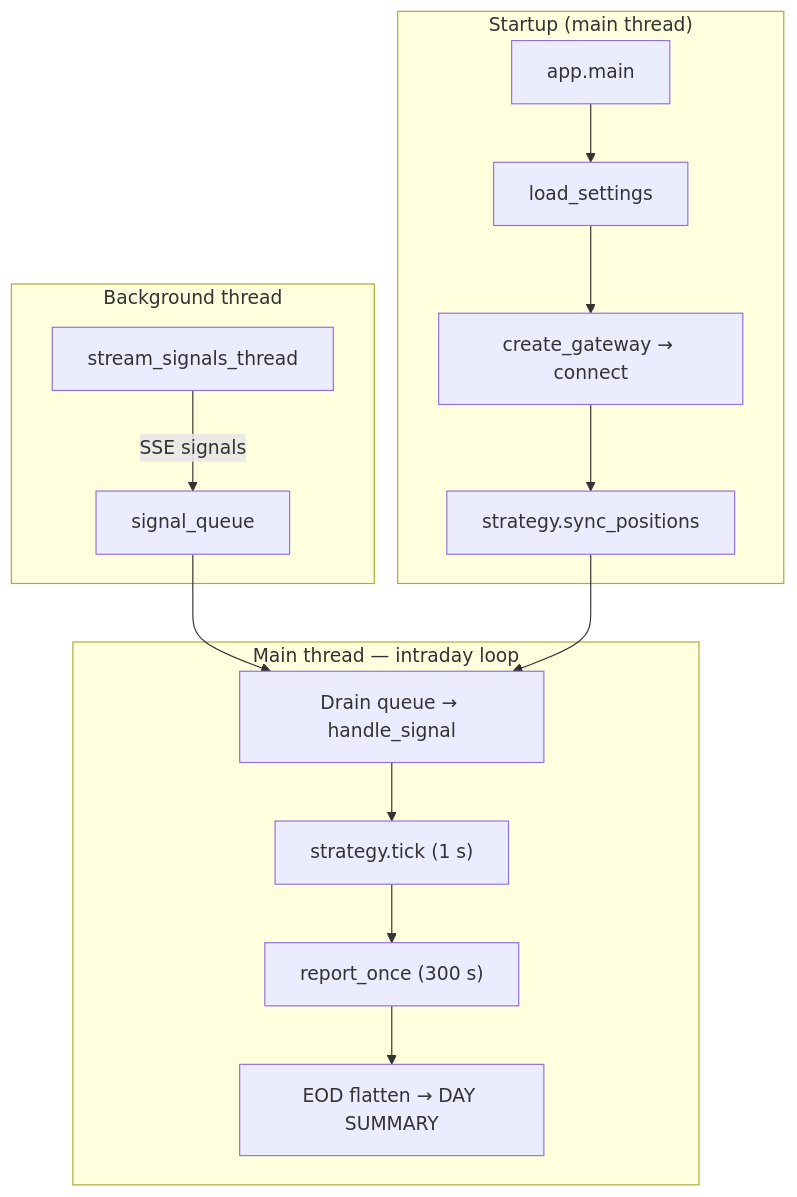
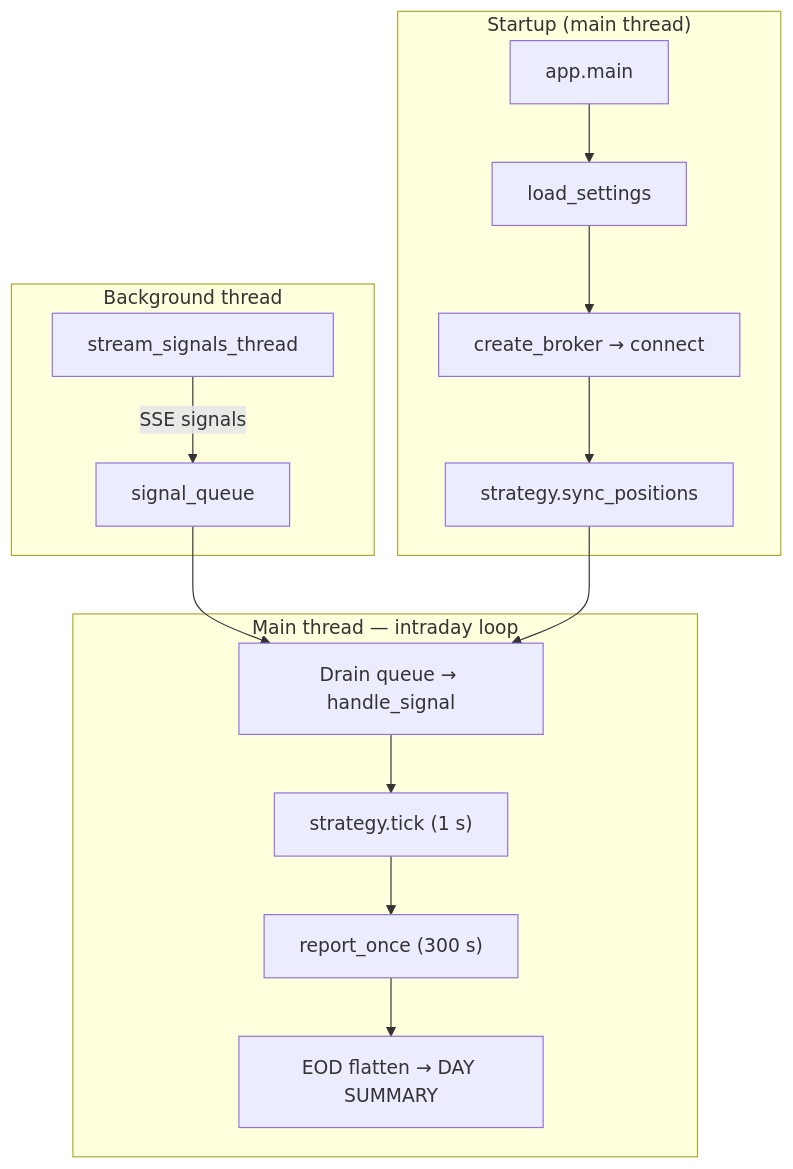
Before and after one commit to Quantum-Signals/quantum-signals-cookbook: the first of 2 diagrams in docs/architecture.md, drawn with Mermaid. The commit also changed other lines of this file and 17 other files, not shown here.

Commit message:
renaming gateway > broker

````diff
--- a/docs/architecture.md
+++ b/docs/architecture.md
@@ -52,27 +52,27 @@
 ```mermaid
 flowchart TB
     subgraph init ["Startup (main thread)"]
         Main["app.main"]
         Config["load_settings"]
-        GW["create_gateway → connect"]
+        GW["create_broker → connect"]
         Strat["strategy.sync_positions"]
         Main --> Config --> GW --> Strat
     end
 
     subgraph threads ["Background thread"]
         QS["stream_signals_thread"]
         Q["signal_queue"]
         QS -->|"SSE signals"| Q
     end
 
     subgraph loop ["Main thread — intraday loop"]
         Drain["Drain queue → handle_signal"]
         Tick["strategy.tick (1 s)"]
         Report["report_once (300 s)"]
         EOD["EOD flatten → DAY SUMMARY"]
         Drain --> Tick --> Report --> EOD
     end
 
     Q --> Drain
     Strat --> Drain
 ```
````
